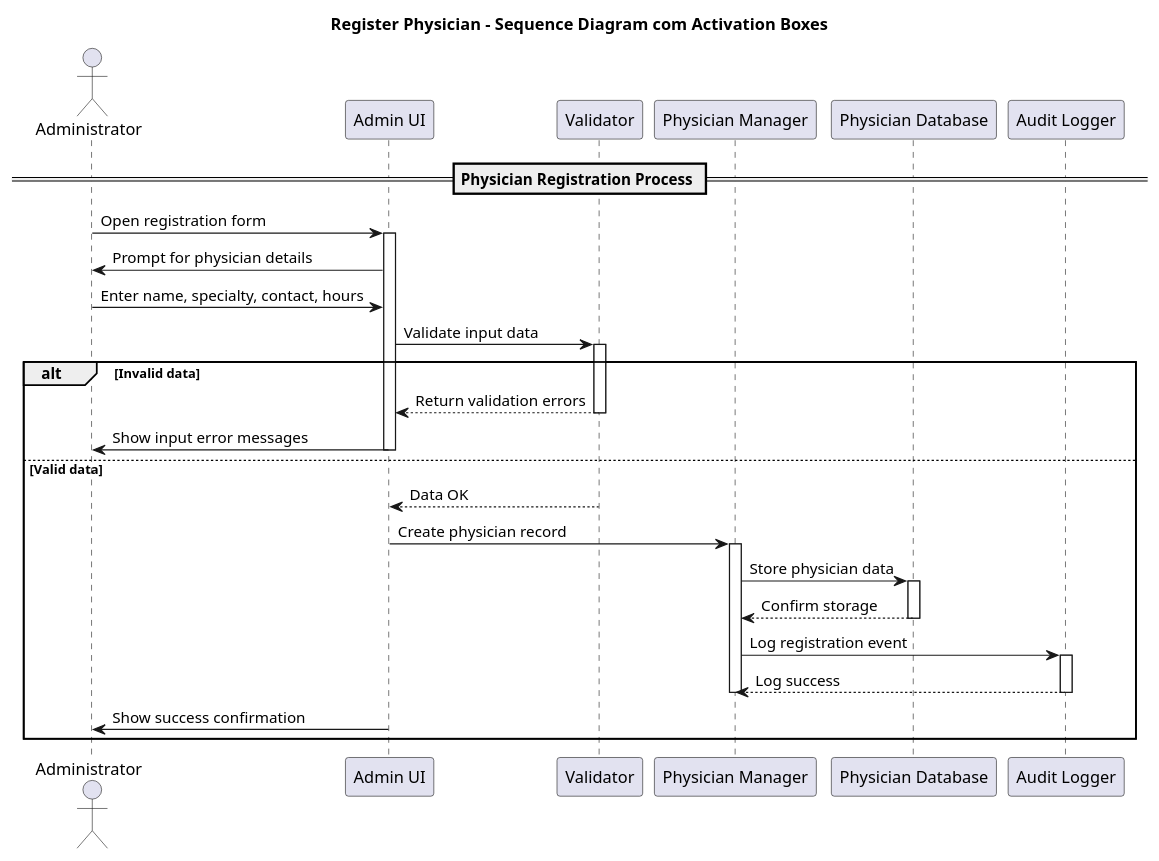
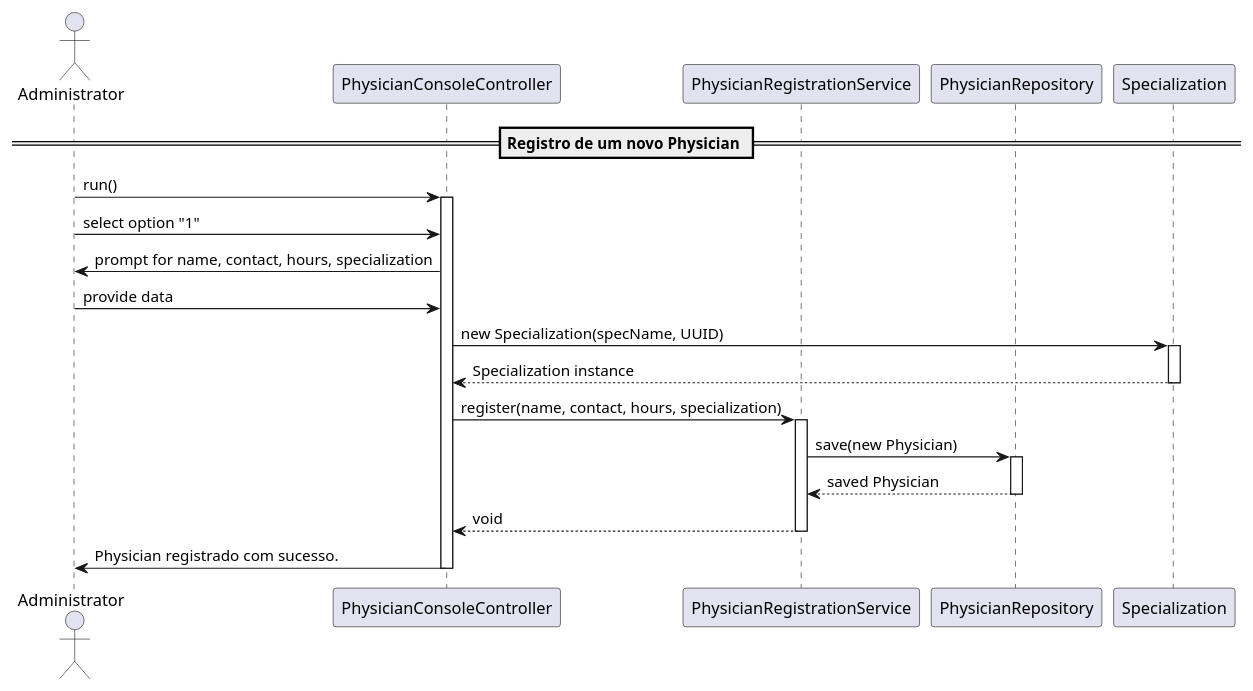
The diagram in Docs/US3-SD.puml (luluisfcm/psoft_1221432_1231479_1222100), drawn with PlantUML before and after one commit. The commit also changed other lines of this file and 4 other files, not shown here.

```diff
--- a/Docs/US3-SD.puml
+++ b/Docs/US3-SD.puml
@@ -5,51 +4,36 @@
 @startuml
-title Register Physician - Sequence Diagram com Activation Boxes
+actor Administrator
+participant "PhysicianConsoleController" as Controller
+participant "PhysicianRegistrationService" as Service
+participant "PhysicianRepository" as Repository
+participant "Specialization" as Specialization
 
-actor "Administrator" as Admin
+== Registro de um novo Physician ==
 
-participant "Admin UI" as UI
-participant "Validator"
-participant "Physician Manager" as PhysMgr
-participant "Physician Database" as DB
-participant "Audit Logger" as Logger
+Administrator -> Controller : run()
+activate Controller
 
-== Physician Registration Process ==
+Administrator -> Controller : select option "1"
+Controller -> Administrator : prompt for name, contact, hours, specialization
+Administrator -> Controller : provide data
 
-Admin -> UI: Open registration form
-activate UI
+Controller -> Specialization : new Specialization(specName, UUID)
+activate Specialization
+Specialization --> Controller : Specialization instance
+deactivate Specialization
 
-UI -> Admin: Prompt for physician details
-Admin -> UI: Enter name, specialty, contact, hours
+Controller -> Service : register(name, contact, hours, specialization)
+activate Service
 
-UI -> Validator: Validate input data
-activate Validator
+Service -> Repository : save(new Physician)
+activate Repository
+Repository --> Service : saved Physician
+deactivate Repository
 
-alt Invalid data
-    Validator --> UI: Return validation errors
-    deactivate Validator
-    UI -> Admin: Show input error messages
-    deactivate UI
-else Valid data
-    Validator --> UI: Data OK
-    deactivate Validator
+Service --> Controller : void
+deactivate Service
 
-    UI -> PhysMgr: Create physician record
-    activate PhysMgr
+Controller -> Administrator : Physician registrado com sucesso.
 
-    PhysMgr -> DB: Store physician data
-    activate DB
-    DB --> PhysMgr: Confirm storage
-    deactivate DB
-
-    PhysMgr -> Logger: Log registration event
-    activate Logger
-    Logger --> PhysMgr: Log success
-    deactivate Logger
-
-    deactivate PhysMgr
-
-    UI -> Admin: Show success confirmation
-    deactivate UI
-end
-
+deactivate Controller
 @enduml
```
